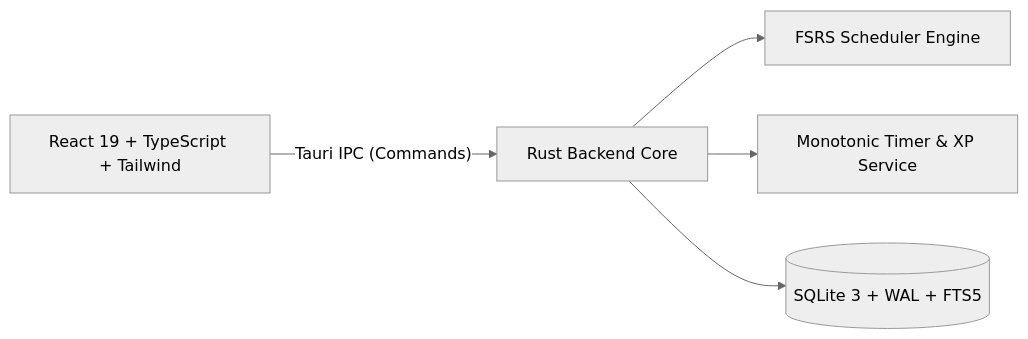
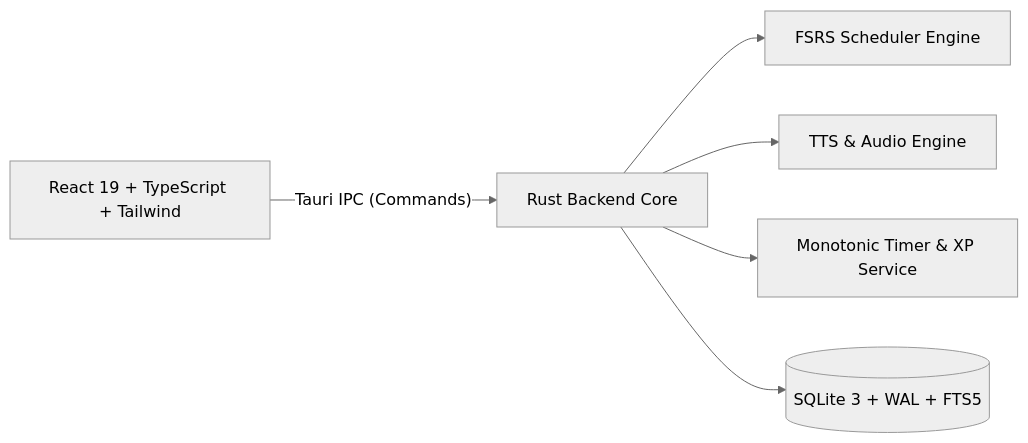
Before and after one commit to Omar-b381/Lisan-Intelligent-Personal-Learning-OS: the second of 2 diagrams in README.md, drawn with Mermaid (neutral theme). The commit also changed other lines of this file, not shown here.

Commit message:
docs: update README.md with comprehensive Text-to-Speech (TTS) and pronunciation engine documentation

````diff
--- a/README.md
+++ b/README.md
@@ -86,7 +159,8 @@
 ```mermaid
 graph LR
     UI[React 19 + TypeScript + Tailwind] -- "Tauri IPC (Commands)" --> Rust[Rust Backend Core]
     Rust --> FSRS[FSRS Scheduler Engine]
+    Rust --> TTS[TTS & Audio Engine]
     Rust --> Pomo[Monotonic Timer & XP Service]
     Rust --> SQLite[(SQLite 3 + WAL + FTS5)]
 ```
````
